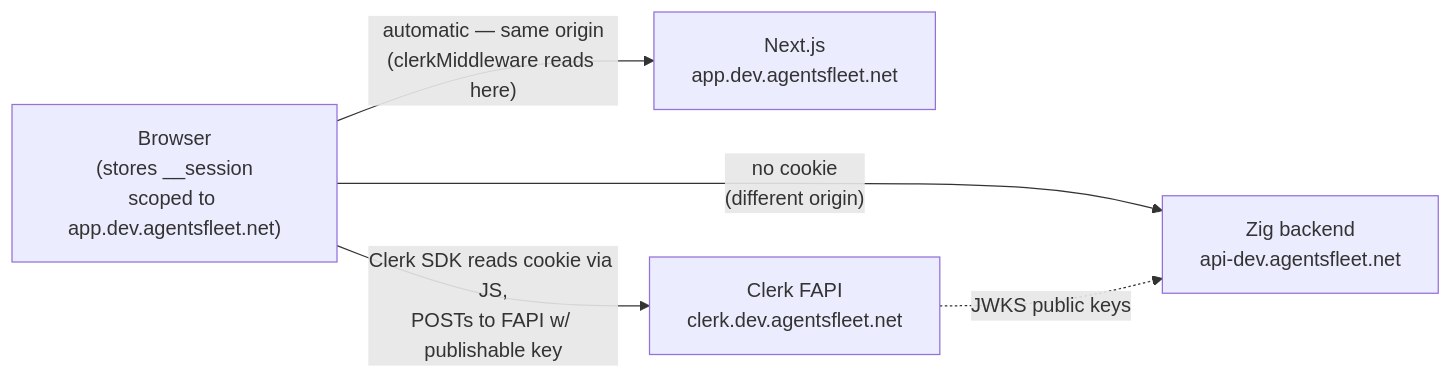
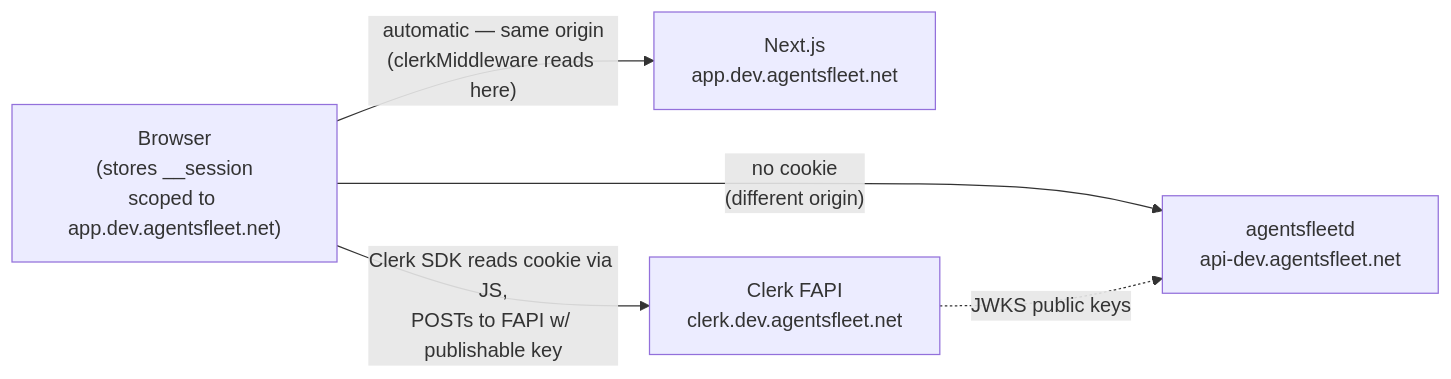
One commit to agentsfleet/agentsfleet changed the first of 6 diagrams in docs/AUTH.md. Above: the diagram before and after it, drawn with Mermaid. The commit also changed other lines of this file and 21 other files, not shown here.

````diff
--- a/docs/AUTH.md
+++ b/docs/AUTH.md
@@ -285,10 +285,10 @@
 ```mermaid
 flowchart LR
     Browser["Browser<br/>(stores __session<br/>scoped to app.dev.agentsfleet.net)"]
 
     Browser -- "automatic — same origin<br/>(clerkMiddleware reads here)" --> Next["Next.js<br/>app.dev.agentsfleet.net"]
     Browser -- "Clerk SDK reads cookie via JS,<br/>POSTs to FAPI w/ publishable key" --> Clerk["Clerk FAPI<br/>clerk.dev.agentsfleet.net"]
-    Browser -- "no cookie<br/>(different origin)" --> API["Zig backend<br/>api-dev.agentsfleet.net"]
+    Browser -- "no cookie<br/>(different origin)" --> API["agentsfleetd<br/>api-dev.agentsfleet.net"]
 
     Clerk -. "JWKS public keys" .-> API
 ```
````
